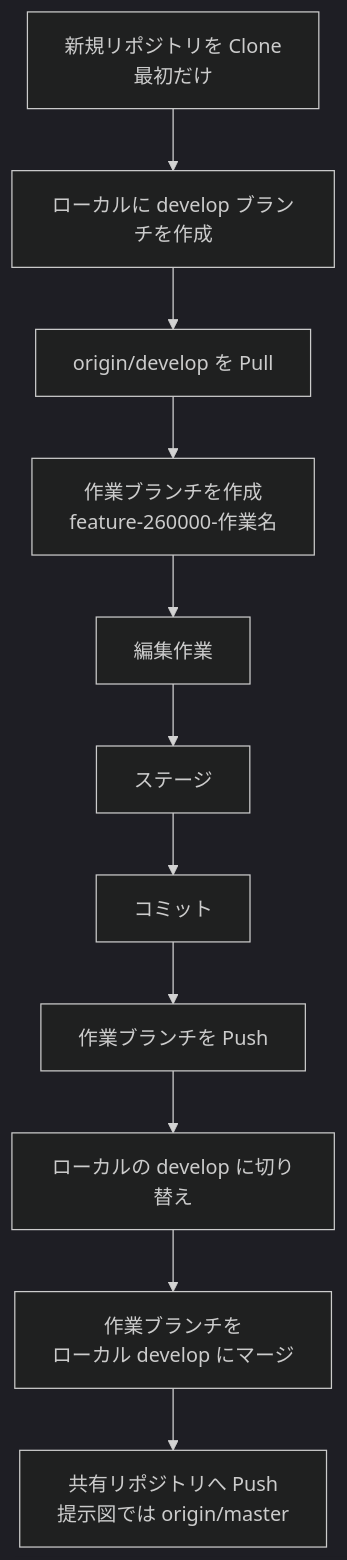
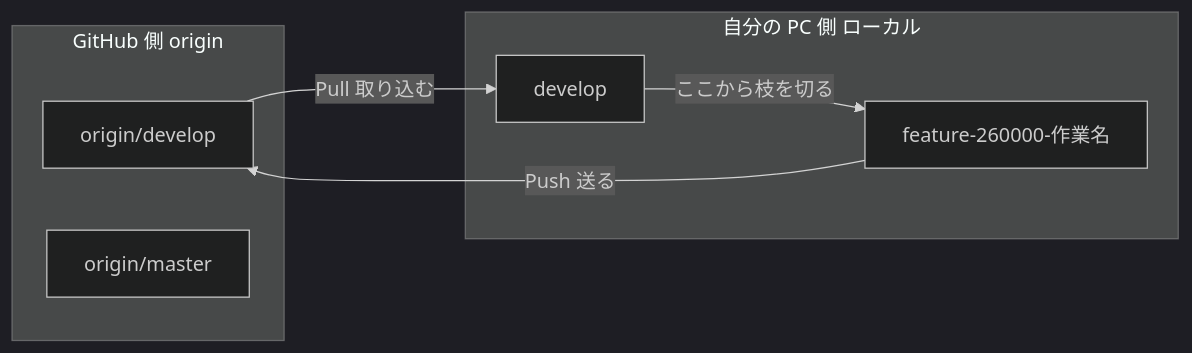
One commit to dekinaiNet/practice1 changed the first of 6 diagrams in genkou-flow-pr-kaizen.md. Above: the diagram before and after it, drawn with Mermaid (dark theme). The commit also changed other lines of this file and 1 other file, not shown here.

First line of the commit message:
Develop (#11)

````diff
--- a/genkou-flow-pr-kaizen.md
+++ b/genkou-flow-pr-kaizen.md
@@ -15,13 +38,14 @@
 ```mermaid
-flowchart TD
-    A["新規リポジトリを Clone<br/>最初だけ"] --> B["ローカルに develop ブランチを作成"]
-    B --> C["origin/develop を Pull"]
-    C --> D["作業ブランチを作成<br/>feature-260000-作業名"]
-    D --> E["編集作業"]
-    E --> F["ステージ"]
-    F --> G["コミット"]
-    G --> H["作業ブランチを Push"]
-    H --> I["ローカルの develop に切り替え"]
-    I --> J["作業ブランチを<br/>ローカル develop にマージ"]
-    J --> K["共有リポジトリへ Push<br/>提示図では origin/master"]
+flowchart LR
+    subgraph R["GitHub 側 origin"]
+      R1["origin/develop"]
+      R2["origin/master"]
+    end
+    subgraph L["自分の PC 側 ローカル"]
+      L1["develop"]
+      L2["feature-260000-作業名"]
+    end
+    R1 -- "Pull 取り込む" --> L1
+    L1 -- "ここから枝を切る" --> L2
+    L2 -- "Push 送る" --> R1
 ```
````
